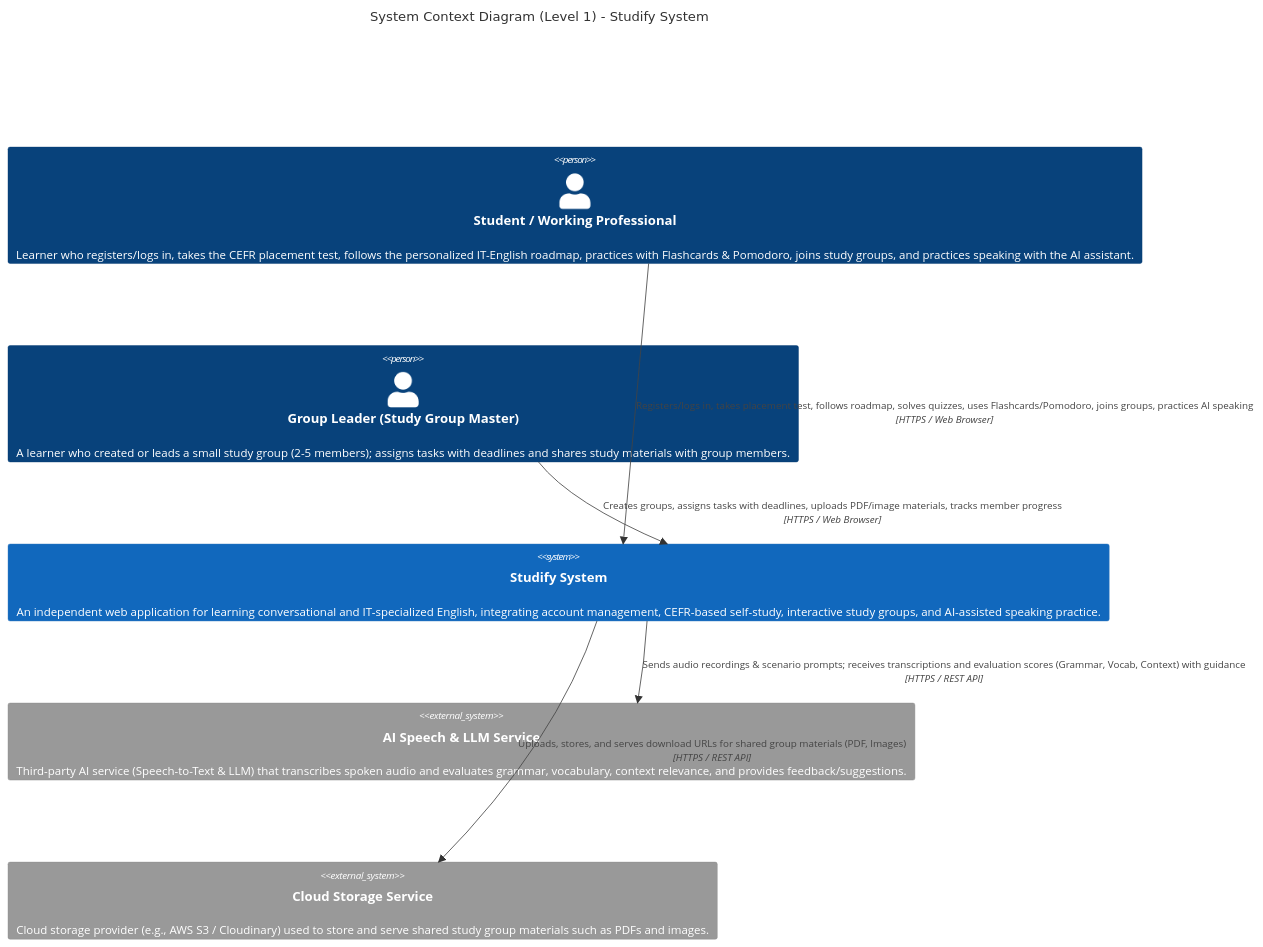
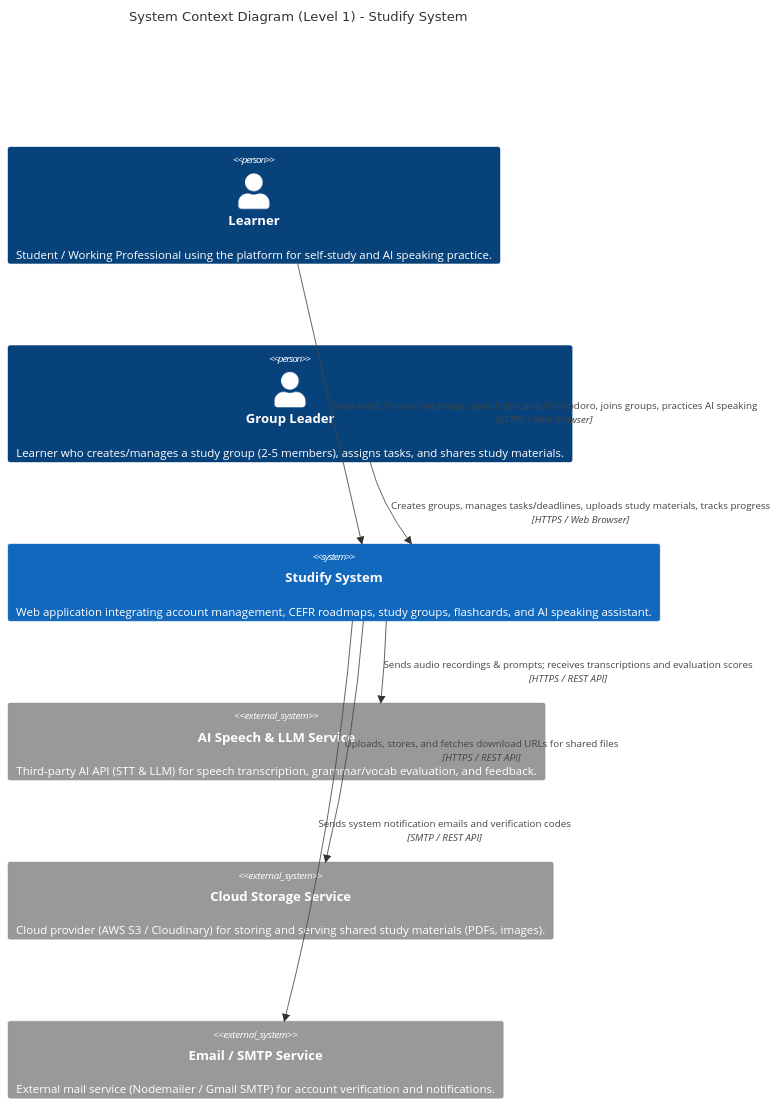
Before and after one commit to mthupham/STUDIFY: the sixth of 10 diagrams in PA4-Group09/Report.md, drawn with Mermaid. The commit also changed other lines of this file, not shown here.

Commit message:
docs: enhance System Context Diagram and relationships in Report.md for clarity and detail

````diff
--- a/PA4-Group09/Report.md
+++ b/PA4-Group09/Report.md
@@ -289,18 +289,28 @@
 ```mermaid
 C4Context
   title System Context Diagram (Level 1) - Studify System
 
-  Person(student, "Student / Working Professional", "Learner who registers/logs in, takes the CEFR placement test, follows the personalized IT-English roadmap, practices with Flashcards & Pomodoro, joins study groups, and practices speaking with the AI assistant.")
-  Person(groupMaster, "Group Leader (Study Group Master)", "A learner who created or leads a small study group (2-5 members); assigns tasks with deadlines and shares study materials with group members.")
+  %% Layout styling configuration
+  UpdateLayoutConfig($c4ShapeInRow="3", $c4BoundaryInRow="1")
 
-  System(studify, "Studify System", "An independent web application for learning conversational and IT-specialized English, integrating account management, CEFR-based self-study, interactive study groups, and AI-assisted speaking practice.")
+  %% Actors
+  Person(student, "Learner", "Student / Working Professional using the platform for self-study and AI speaking practice.")
+  Person(groupMaster, "Group Leader", "Learner who creates/manages a study group (2-5 members), assigns tasks, and shares study materials.")
 
-  System_Ext(aiService, "AI Speech & LLM Service", "Third-party AI service (Speech-to-Text & LLM) that transcribes spoken audio and evaluates grammar, vocabulary, context relevance, and provides feedback/suggestions.")
-  System_Ext(cloudStorage, "Cloud Storage Service", "Cloud storage provider (e.g., AWS S3 / Cloudinary) used to store and serve shared study group materials such as PDFs and images.")
+  %% Main System
+  System(studify, "Studify System", "Web application integrating account management, CEFR roadmaps, study groups, flashcards, and AI speaking assistant.")
 
-  Rel(student, studify, "Registers/logs in, takes placement test, follows roadmap, solves quizzes, uses Flashcards/Pomodoro, joins groups, practices AI speaking", "HTTPS / Web Browser")
-  Rel(groupMaster, studify, "Creates groups, assigns tasks with deadlines, uploads PDF/image materials, tracks member progress", "HTTPS / Web Browser")
+  %% External Systems
+  System_Ext(aiService, "AI Speech & LLM Service", "Third-party AI API (STT & LLM) for speech transcription, grammar/vocab evaluation, and feedback.")
+  System_Ext(cloudStorage, "Cloud Storage Service", "Cloud provider (AWS S3 / Cloudinary) for storing and serving shared study materials (PDFs, images).")
+  System_Ext(emailService, "Email / SMTP Service", "External mail service (Nodemailer / Gmail SMTP) for account verification and notifications.")
 
-  Rel(studify, aiService, "Sends audio recordings & scenario prompts; receives transcriptions and evaluation scores (Grammar, Vocab, Context) with guidance", "HTTPS / REST API")
-  Rel(studify, cloudStorage, "Uploads, stores, and serves download URLs for shared group materials (PDF, Images)", "HTTPS / REST API")
+  %% Relationships - Primary Users
+  Rel(student, studify, "Takes tests, follows roadmaps, uses Flashcards/Pomodoro, joins groups, practices AI speaking", "HTTPS / Web Browser")
+  Rel(groupMaster, studify, "Creates groups, manages tasks/deadlines, uploads study materials, tracks progress", "HTTPS / Web Browser")
+
+  %% Relationships - External Systems
+  Rel(studify, aiService, "Sends audio recordings & prompts; receives transcriptions and evaluation scores", "HTTPS / REST API")
+  Rel(studify, cloudStorage, "Uploads, stores, and fetches download URLs for shared files", "HTTPS / REST API")
+  Rel(studify, emailService, "Sends system notification emails and verification codes", "SMTP / REST API")
 ```
````
